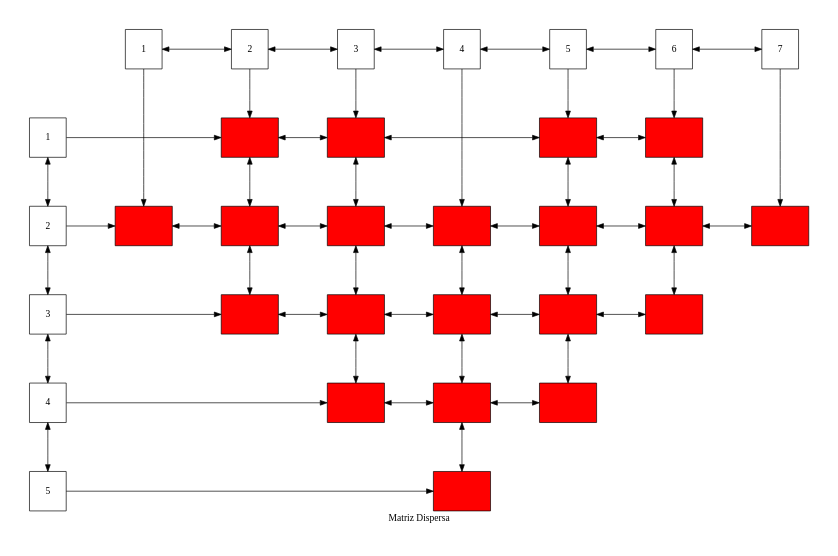
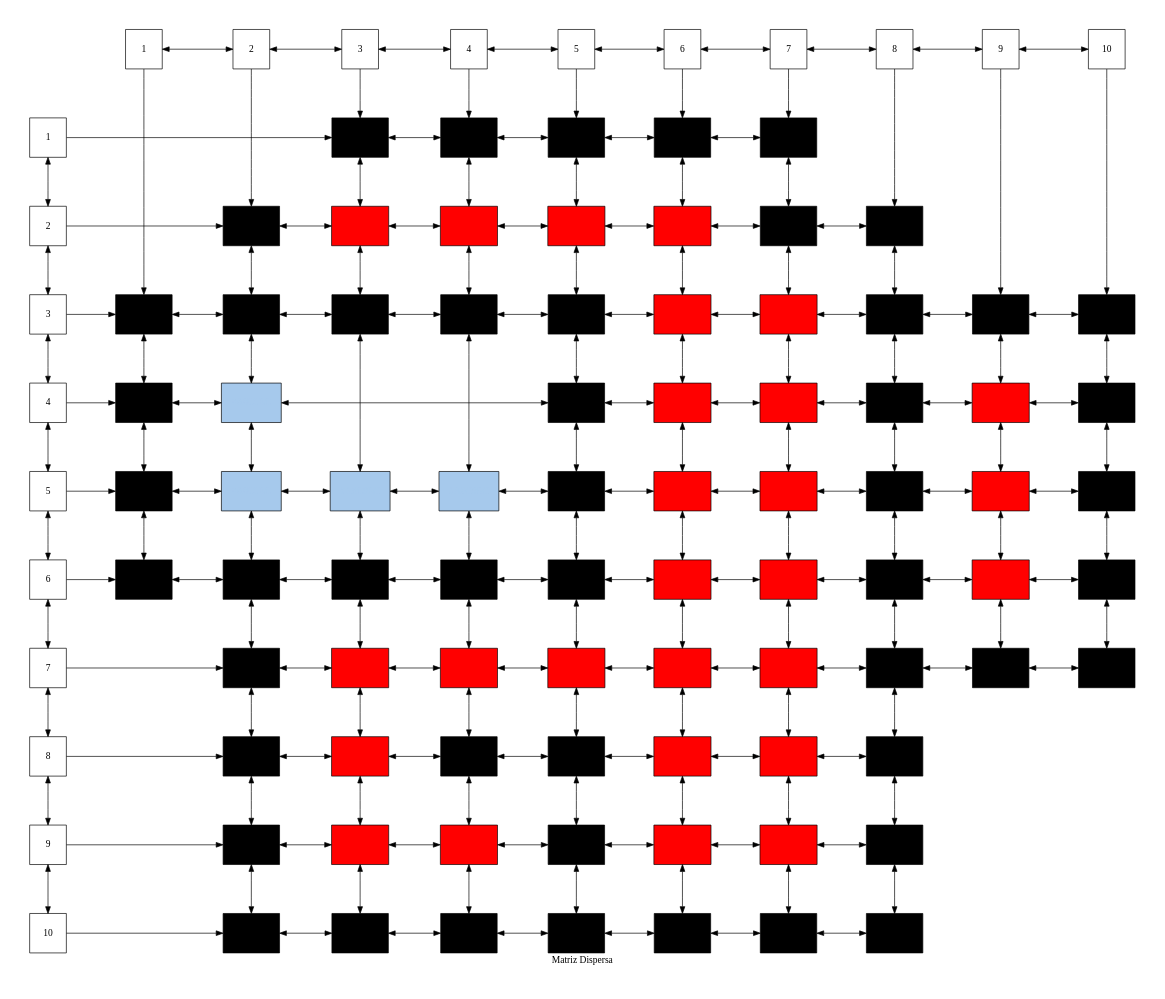
The diagram in reportesdot/matrizDispersa_4.dot (chuchoalm/IPC2_ProyectoVD2024_202200239), drawn with Graphviz before and after one commit. The commit also changed 33 other files, not shown here.

```diff
--- a/reportesdot/matrizDispersa_4.dot
+++ b/reportesdot/matrizDispersa_4.dot
@@ -7,34 +7,104 @@
 	Fila3[style="filled" label = "3" fillcolor="white" group = 0];
 	Fila4[style="filled" label = "4" fillcolor="white" group = 0];
 	Fila5[style="filled" label = "5" fillcolor="white" group = 0];
+	Fila6[style="filled" label = "6" fillcolor="white" group = 0];
+	Fila7[style="filled" label = "7" fillcolor="white" group = 0];
+	Fila8[style="filled" label = "8" fillcolor="white" group = 0];
+	Fila9[style="filled" label = "9" fillcolor="white" group = 0];
+	Fila10[style="filled" label = "10" fillcolor="white" group = 0];
 
     edge[dir="both"];
     	Fila1 -> Fila2;
 	Fila2 -> Fila3;
 	Fila3 -> Fila4;
 	Fila4 -> Fila5;
+	Fila5 -> Fila6;
+	Fila6 -> Fila7;
+	Fila7 -> Fila8;
+	Fila8 -> Fila9;
+	Fila9 -> Fila10;
 
     edge[dir="both"]
-    Columna1 -> NodoF2_C1[dir=""];
-Columna2 -> NodoF1_C2[dir=""];
-NodoF1_C2 -> NodoF2_C2;
+    Columna1 -> NodoF3_C1[dir=""];
+NodoF3_C1 -> NodoF4_C1;
+NodoF4_C1 -> NodoF5_C1;
+NodoF5_C1 -> NodoF6_C1;
+Columna2 -> NodoF2_C2[dir=""];
 NodoF2_C2 -> NodoF3_C2;
+NodoF3_C2 -> NodoF4_C2;
+NodoF4_C2 -> NodoF5_C2;
+NodoF5_C2 -> NodoF6_C2;
+NodoF6_C2 -> NodoF7_C2;
+NodoF7_C2 -> NodoF8_C2;
+NodoF8_C2 -> NodoF9_C2;
+NodoF9_C2 -> NodoF10_C2;
 Columna3 -> NodoF1_C3[dir=""];
 NodoF1_C3 -> NodoF2_C3;
 NodoF2_C3 -> NodoF3_C3;
-NodoF3_C3 -> NodoF4_C3;
-Columna4 -> NodoF2_C4[dir=""];
+NodoF3_C3 -> NodoF5_C3;
+NodoF5_C3 -> NodoF6_C3;
+NodoF6_C3 -> NodoF7_C3;
+NodoF7_C3 -> NodoF8_C3;
+NodoF8_C3 -> NodoF9_C3;
+NodoF9_C3 -> NodoF10_C3;
+Columna4 -> NodoF1_C4[dir=""];
+NodoF1_C4 -> NodoF2_C4;
 NodoF2_C4 -> NodoF3_C4;
-NodoF3_C4 -> NodoF4_C4;
-NodoF4_C4 -> NodoF5_C4;
+NodoF3_C4 -> NodoF5_C4;
+NodoF5_C4 -> NodoF6_C4;
+NodoF6_C4 -> NodoF7_C4;
+NodoF7_C4 -> NodoF8_C4;
+NodoF8_C4 -> NodoF9_C4;
+NodoF9_C4 -> NodoF10_C4;
 Columna5 -> NodoF1_C5[dir=""];
 NodoF1_C5 -> NodoF2_C5;
 NodoF2_C5 -> NodoF3_C5;
 NodoF3_C5 -> NodoF4_C5;
+NodoF4_C5 -> NodoF5_C5;
+NodoF5_C5 -> NodoF6_C5;
+NodoF6_C5 -> NodoF7_C5;
+NodoF7_C5 -> NodoF8_C5;
+NodoF8_C5 -> NodoF9_C5;
+NodoF9_C5 -> NodoF10_C5;
 Columna6 -> NodoF1_C6[dir=""];
 NodoF1_C6 -> NodoF2_C6;
 NodoF2_C6 -> NodoF3_C6;
-Columna7 -> NodoF2_C7[dir=""];
+NodoF3_C6 -> NodoF4_C6;
+NodoF4_C6 -> NodoF5_C6;
+NodoF5_C6 -> NodoF6_C6;
+NodoF6_C6 -> NodoF7_C6;
+NodoF7_C6 -> NodoF8_C6;
+NodoF8_C6 -> NodoF9_C6;
+NodoF9_C6 -> NodoF10_C6;
+Columna7 -> NodoF1_C7[dir=""];
+NodoF1_C7 -> NodoF2_C7;
+NodoF2_C7 -> NodoF3_C7;
+NodoF3_C7 -> NodoF4_C7;
+NodoF4_C7 -> NodoF5_C7;
+NodoF5_C7 -> NodoF6_C7;
+NodoF6_C7 -> NodoF7_C7;
+NodoF7_C7 -> NodoF8_C7;
+NodoF8_C7 -> NodoF9_C7;
+NodoF9_C7 -> NodoF10_C7;
+Columna8 -> NodoF2_C8[dir=""];
+NodoF2_C8 -> NodoF3_C8;
+NodoF3_C8 -> NodoF4_C8;
+NodoF4_C8 -> NodoF5_C8;
+NodoF5_C8 -> NodoF6_C8;
+NodoF6_C8 -> NodoF7_C8;
+NodoF7_C8 -> NodoF8_C8;
+NodoF8_C8 -> NodoF9_C8;
+NodoF9_C8 -> NodoF10_C8;
+Columna9 -> NodoF3_C9[dir=""];
+NodoF3_C9 -> NodoF4_C9;
+NodoF4_C9 -> NodoF5_C9;
+NodoF5_C9 -> NodoF6_C9;
+NodoF6_C9 -> NodoF7_C9;
+Columna10 -> NodoF3_C10[dir=""];
+NodoF3_C10 -> NodoF4_C10;
+NodoF4_C10 -> NodoF5_C10;
+NodoF5_C10 -> NodoF6_C10;
+NodoF6_C10 -> NodoF7_C10;
 	Columna1[style="filled" label = "1" fillcolor="white" group = 1];
 	Columna2[style="filled" label = "2" fillcolor="white" group = 2];
 	Columna3[style="filled" label = "3" fillcolor="white" group = 3];
@@ -42,26 +112,32 @@
 	Columna5[style="filled" label = "5" fillcolor="white" group = 5];
 	Columna6[style="filled" label = "6" fillcolor="white" group = 6];
 	Columna7[style="filled" label = "7" fillcolor="white" group = 7];
+	Columna8[style="filled" label = "8" fillcolor="white" group = 8];
+	Columna9[style="filled" label = "9" fillcolor="white" group = 9];
+	Columna10[style="filled" label = "10" fillcolor="white" group = 10];
 Columna1 -> Columna2;
 Columna2 -> Columna3;
 Columna3 -> Columna4;
 Columna4 -> Columna5;
 Columna5 -> Columna6;
 Columna6 -> Columna7;
+Columna7 -> Columna8;
+Columna8 -> Columna9;
+Columna9 -> Columna10;
 
-	{rank = same; Columna1; Columna2; Columna3; Columna4; Columna5; Columna6; Columna7; }
-	NodoF1_C2[style="filled" label = "#FF0000" fillcolor="#FF0000" fontcolor="#FF0000" group = 2];
-	Fila1 -> NodoF1_C2[dir=""];
-	NodoF1_C2 -> NodoF1_C3;
-	NodoF1_C3[style="filled" label = "#FF0000" fillcolor="#FF0000" fontcolor="#FF0000" group = 3];
-	NodoF1_C3 -> NodoF1_C5;
-	NodoF1_C5[style="filled" label = "#FF0000" fillcolor="#FF0000" fontcolor="#FF0000" group = 5];
+	{rank = same; Columna1; Columna2; Columna3; Columna4; Columna5; Columna6; Columna7; Columna8; Columna9; Columna10; }
+	NodoF1_C3[style="filled" label = "#000000" fillcolor="#000000" fontcolor="#000000" group = 3];
+	Fila1 -> NodoF1_C3[dir=""];
+	NodoF1_C3 -> NodoF1_C4;
+	NodoF1_C4[style="filled" label = "#000000" fillcolor="#000000" fontcolor="#000000" group = 4];
+	NodoF1_C4 -> NodoF1_C5;
+	NodoF1_C5[style="filled" label = "#000000" fillcolor="#000000" fontcolor="#000000" group = 5];
 	NodoF1_C5 -> NodoF1_C6;
-	NodoF1_C6[style="filled" label = "#FF0000" fillcolor="#FF0000" fontcolor="#FF0000" group = 6];
-	NodoF2_C1[style="filled" label = "#FF0000" fillcolor="#FF0000" fontcolor="#FF0000" group = 1];
-	Fila2 -> NodoF2_C1[dir=""];
-	NodoF2_C1 -> NodoF2_C2;
-	NodoF2_C2[style="filled" label = "#FF0000" fillcolor="#FF0000" fontcolor="#FF0000" group = 2];
+	NodoF1_C6[style="filled" label = "#000000" fillcolor="#000000" fontcolor="#000000" group = 6];
+	NodoF1_C6 -> NodoF1_C7;
+	NodoF1_C7[style="filled" label = "#000000" fillcolor="#000000" fontcolor="#000000" group = 7];
+	NodoF2_C2[style="filled" label = "#000000" fillcolor="#000000" fontcolor="#000000" group = 2];
+	Fila2 -> NodoF2_C2[dir=""];
 	NodoF2_C2 -> NodoF2_C3;
 	NodoF2_C3[style="filled" label = "#FF0000" fillcolor="#FF0000" fontcolor="#FF0000" group = 3];
 	NodoF2_C3 -> NodoF2_C4;
@@ -71,29 +147,154 @@
 	NodoF2_C5 -> NodoF2_C6;
 	NodoF2_C6[style="filled" label = "#FF0000" fillcolor="#FF0000" fontcolor="#FF0000" group = 6];
 	NodoF2_C6 -> NodoF2_C7;
-	NodoF2_C7[style="filled" label = "#FF0000" fillcolor="#FF0000" fontcolor="#FF0000" group = 7];
-	NodoF3_C2[style="filled" label = "#FF0000" fillcolor="#FF0000" fontcolor="#FF0000" group = 2];
-	Fila3 -> NodoF3_C2[dir=""];
+	NodoF2_C7[style="filled" label = "#000000" fillcolor="#000000" fontcolor="#000000" group = 7];
+	NodoF2_C7 -> NodoF2_C8;
+	NodoF2_C8[style="filled" label = "#000000" fillcolor="#000000" fontcolor="#000000" group = 8];
+	NodoF3_C1[style="filled" label = "#000000" fillcolor="#000000" fontcolor="#000000" group = 1];
+	Fila3 -> NodoF3_C1[dir=""];
+	NodoF3_C1 -> NodoF3_C2;
+	NodoF3_C2[style="filled" label = "#000000" fillcolor="#000000" fontcolor="#000000" group = 2];
 	NodoF3_C2 -> NodoF3_C3;
-	NodoF3_C3[style="filled" label = "#FF0000" fillcolor="#FF0000" fontcolor="#FF0000" group = 3];
+	NodoF3_C3[style="filled" label = "#000000" fillcolor="#000000" fontcolor="#000000" group = 3];
 	NodoF3_C3 -> NodoF3_C4;
-	NodoF3_C4[style="filled" label = "#FF0000" fillcolor="#FF0000" fontcolor="#FF0000" group = 4];
+	NodoF3_C4[style="filled" label = "#000000" fillcolor="#000000" fontcolor="#000000" group = 4];
 	NodoF3_C4 -> NodoF3_C5;
-	NodoF3_C5[style="filled" label = "#FF0000" fillcolor="#FF0000" fontcolor="#FF0000" group = 5];
+	NodoF3_C5[style="filled" label = "#000000" fillcolor="#000000" fontcolor="#000000" group = 5];
 	NodoF3_C5 -> NodoF3_C6;
 	NodoF3_C6[style="filled" label = "#FF0000" fillcolor="#FF0000" fontcolor="#FF0000" group = 6];
-	NodoF4_C3[style="filled" label = "#FF0000" fillcolor="#FF0000" fontcolor="#FF0000" group = 3];
-	Fila4 -> NodoF4_C3[dir=""];
-	NodoF4_C3 -> NodoF4_C4;
-	NodoF4_C4[style="filled" label = "#FF0000" fillcolor="#FF0000" fontcolor="#FF0000" group = 4];
-	NodoF4_C4 -> NodoF4_C5;
-	NodoF4_C5[style="filled" label = "#FF0000" fillcolor="#FF0000" fontcolor="#FF0000" group = 5];
-	NodoF5_C4[style="filled" label = "#FF0000" fillcolor="#FF0000" fontcolor="#FF0000" group = 4];
-	Fila5 -> NodoF5_C4[dir=""];
-	{ rank = same; Fila1; NodoF1_C2; NodoF1_C3; NodoF1_C5; NodoF1_C6; }
-	{ rank = same; Fila2; NodoF2_C1; NodoF2_C2; NodoF2_C3; NodoF2_C4; NodoF2_C5; NodoF2_C6; NodoF2_C7; }
-	{ rank = same; Fila3; NodoF3_C2; NodoF3_C3; NodoF3_C4; NodoF3_C5; NodoF3_C6; }
-	{ rank = same; Fila4; NodoF4_C3; NodoF4_C4; NodoF4_C5; }
-	{ rank = same; Fila5; NodoF5_C4; }
+	NodoF3_C6 -> NodoF3_C7;
+	NodoF3_C7[style="filled" label = "#FF0000" fillcolor="#FF0000" fontcolor="#FF0000" group = 7];
+	NodoF3_C7 -> NodoF3_C8;
+	NodoF3_C8[style="filled" label = "#000000" fillcolor="#000000" fontcolor="#000000" group = 8];
+	NodoF3_C8 -> NodoF3_C9;
+	NodoF3_C9[style="filled" label = "#000000" fillcolor="#000000" fontcolor="#000000" group = 9];
+	NodoF3_C9 -> NodoF3_C10;
+	NodoF3_C10[style="filled" label = "#000000" fillcolor="#000000" fontcolor="#000000" group = 10];
+	NodoF4_C1[style="filled" label = "#000000" fillcolor="#000000" fontcolor="#000000" group = 1];
+	Fila4 -> NodoF4_C1[dir=""];
+	NodoF4_C1 -> NodoF4_C2;
+	NodoF4_C2[style="filled" label = "#A6C9EC" fillcolor="#A6C9EC" fontcolor="#A6C9EC" group = 2];
+	NodoF4_C2 -> NodoF4_C5;
+	NodoF4_C5[style="filled" label = "#000000" fillcolor="#000000" fontcolor="#000000" group = 5];
+	NodoF4_C5 -> NodoF4_C6;
+	NodoF4_C6[style="filled" label = "#FF0000" fillcolor="#FF0000" fontcolor="#FF0000" group = 6];
+	NodoF4_C6 -> NodoF4_C7;
+	NodoF4_C7[style="filled" label = "#FF0000" fillcolor="#FF0000" fontcolor="#FF0000" group = 7];
+	NodoF4_C7 -> NodoF4_C8;
+	NodoF4_C8[style="filled" label = "#000000" fillcolor="#000000" fontcolor="#000000" group = 8];
+	NodoF4_C8 -> NodoF4_C9;
+	NodoF4_C9[style="filled" label = "#FF0000" fillcolor="#FF0000" fontcolor="#FF0000" group = 9];
+	NodoF4_C9 -> NodoF4_C10;
+	NodoF4_C10[style="filled" label = "#000000" fillcolor="#000000" fontcolor="#000000" group = 10];
+	NodoF5_C1[style="filled" label = "#000000" fillcolor="#000000" fontcolor="#000000" group = 1];
+	Fila5 -> NodoF5_C1[dir=""];
+	NodoF5_C1 -> NodoF5_C2;
+	NodoF5_C2[style="filled" label = "#A6C9EC" fillcolor="#A6C9EC" fontcolor="#A6C9EC" group = 2];
+	NodoF5_C2 -> NodoF5_C3;
+	NodoF5_C3[style="filled" label = "#A6C9EC" fillcolor="#A6C9EC" fontcolor="#A6C9EC" group = 3];
+	NodoF5_C3 -> NodoF5_C4;
+	NodoF5_C4[style="filled" label = "#A6C9EC" fillcolor="#A6C9EC" fontcolor="#A6C9EC" group = 4];
+	NodoF5_C4 -> NodoF5_C5;
+	NodoF5_C5[style="filled" label = "#000000" fillcolor="#000000" fontcolor="#000000" group = 5];
+	NodoF5_C5 -> NodoF5_C6;
+	NodoF5_C6[style="filled" label = "#FF0000" fillcolor="#FF0000" fontcolor="#FF0000" group = 6];
+	NodoF5_C6 -> NodoF5_C7;
+	NodoF5_C7[style="filled" label = "#FF0000" fillcolor="#FF0000" fontcolor="#FF0000" group = 7];
+	NodoF5_C7 -> NodoF5_C8;
+	NodoF5_C8[style="filled" label = "#000000" fillcolor="#000000" fontcolor="#000000" group = 8];
+	NodoF5_C8 -> NodoF5_C9;
+	NodoF5_C9[style="filled" label = "#FF0000" fillcolor="#FF0000" fontcolor="#FF0000" group = 9];
+	NodoF5_C9 -> NodoF5_C10;
+	NodoF5_C10[style="filled" label = "#000000" fillcolor="#000000" fontcolor="#000000" group = 10];
+	NodoF6_C1[style="filled" label = "#000000" fillcolor="#000000" fontcolor="#000000" group = 1];
+	Fila6 -> NodoF6_C1[dir=""];
+	NodoF6_C1 -> NodoF6_C2;
+	NodoF6_C2[style="filled" label = "#000000" fillcolor="#000000" fontcolor="#000000" group = 2];
+	NodoF6_C2 -> NodoF6_C3;
+	NodoF6_C3[style="filled" label = "#000000" fillcolor="#000000" fontcolor="#000000" group = 3];
+	NodoF6_C3 -> NodoF6_C4;
+	NodoF6_C4[style="filled" label = "#000000" fillcolor="#000000" fontcolor="#000000" group = 4];
+	NodoF6_C4 -> NodoF6_C5;
+	NodoF6_C5[style="filled" label = "#000000" fillcolor="#000000" fontcolor="#000000" group = 5];
+	NodoF6_C5 -> NodoF6_C6;
+	NodoF6_C6[style="filled" label = "#FF0000" fillcolor="#FF0000" fontcolor="#FF0000" group = 6];
+	NodoF6_C6 -> NodoF6_C7;
+	NodoF6_C7[style="filled" label = "#FF0000" fillcolor="#FF0000" fontcolor="#FF0000" group = 7];
+	NodoF6_C7 -> NodoF6_C8;
+	NodoF6_C8[style="filled" label = "#000000" fillcolor="#000000" fontcolor="#000000" group = 8];
+	NodoF6_C8 -> NodoF6_C9;
+	NodoF6_C9[style="filled" label = "#FF0000" fillcolor="#FF0000" fontcolor="#FF0000" group = 9];
+	NodoF6_C9 -> NodoF6_C10;
+	NodoF6_C10[style="filled" label = "#000000" fillcolor="#000000" fontcolor="#000000" group = 10];
+	NodoF7_C2[style="filled" label = "#000000" fillcolor="#000000" fontcolor="#000000" group = 2];
+	Fila7 -> NodoF7_C2[dir=""];
+	NodoF7_C2 -> NodoF7_C3;
+	NodoF7_C3[style="filled" label = "#FF0000" fillcolor="#FF0000" fontcolor="#FF0000" group = 3];
+	NodoF7_C3 -> NodoF7_C4;
+	NodoF7_C4[style="filled" label = "#FF0000" fillcolor="#FF0000" fontcolor="#FF0000" group = 4];
+	NodoF7_C4 -> NodoF7_C5;
+	NodoF7_C5[style="filled" label = "#FF0000" fillcolor="#FF0000" fontcolor="#FF0000" group = 5];
+	NodoF7_C5 -> NodoF7_C6;
+	NodoF7_C6[style="filled" label = "#FF0000" fillcolor="#FF0000" fontcolor="#FF0000" group = 6];
+	NodoF7_C6 -> NodoF7_C7;
+	NodoF7_C7[style="filled" label = "#FF0000" fillcolor="#FF0000" fontcolor="#FF0000" group = 7];
+	NodoF7_C7 -> NodoF7_C8;
+	NodoF7_C8[style="filled" label = "#000000" fillcolor="#000000" fontcolor="#000000" group = 8];
+	NodoF7_C8 -> NodoF7_C9;
+	NodoF7_C9[style="filled" label = "#000000" fillcolor="#000000" fontcolor="#000000" group = 9];
+	NodoF7_C9 -> NodoF7_C10;
+	NodoF7_C10[style="filled" label = "#000000" fillcolor="#000000" fontcolor="#000000" group = 10];
+	NodoF8_C2[style="filled" label = "#000000" fillcolor="#000000" fontcolor="#000000" group = 2];
+	Fila8 -> NodoF8_C2[dir=""];
+	NodoF8_C2 -> NodoF8_C3;
+	NodoF8_C3[style="filled" label = "#FF0000" fillcolor="#FF0000" fontcolor="#FF0000" group = 3];
+	NodoF8_C3 -> NodoF8_C4;
+	NodoF8_C4[style="filled" label = "#000000" fillcolor="#000000" fontcolor="#000000" group = 4];
+	NodoF8_C4 -> NodoF8_C5;
+	NodoF8_C5[style="filled" label = "#000000" fillcolor="#000000" fontcolor="#000000" group = 5];
+	NodoF8_C5 -> NodoF8_C6;
+	NodoF8_C6[style="filled" label = "#FF0000" fillcolor="#FF0000" fontcolor="#FF0000" group = 6];
+	NodoF8_C6 -> NodoF8_C7;
+	NodoF8_C7[style="filled" label = "#FF0000" fillcolor="#FF0000" fontcolor="#FF0000" group = 7];
+	NodoF8_C7 -> NodoF8_C8;
+	NodoF8_C8[style="filled" label = "#000000" fillcolor="#000000" fontcolor="#000000" group = 8];
+	NodoF9_C2[style="filled" label = "#000000" fillcolor="#000000" fontcolor="#000000" group = 2];
+	Fila9 -> NodoF9_C2[dir=""];
+	NodoF9_C2 -> NodoF9_C3;
+	NodoF9_C3[style="filled" label = "#FF0000" fillcolor="#FF0000" fontcolor="#FF0000" group = 3];
+	NodoF9_C3 -> NodoF9_C4;
+	NodoF9_C4[style="filled" label = "#FF0000" fillcolor="#FF0000" fontcolor="#FF0000" group = 4];
+	NodoF9_C4 -> NodoF9_C5;
+	NodoF9_C5[style="filled" label = "#000000" fillcolor="#000000" fontcolor="#000000" group = 5];
+	NodoF9_C5 -> NodoF9_C6;
+	NodoF9_C6[style="filled" label = "#FF0000" fillcolor="#FF0000" fontcolor="#FF0000" group = 6];
+	NodoF9_C6 -> NodoF9_C7;
+	NodoF9_C7[style="filled" label = "#FF0000" fillcolor="#FF0000" fontcolor="#FF0000" group = 7];
+	NodoF9_C7 -> NodoF9_C8;
+	NodoF9_C8[style="filled" label = "#000000" fillcolor="#000000" fontcolor="#000000" group = 8];
+	NodoF10_C2[style="filled" label = "#000000" fillcolor="#000000" fontcolor="#000000" group = 2];
+	Fila10 -> NodoF10_C2[dir=""];
+	NodoF10_C2 -> NodoF10_C3;
+	NodoF10_C3[style="filled" label = "#000000" fillcolor="#000000" fontcolor="#000000" group = 3];
+	NodoF10_C3 -> NodoF10_C4;
+	NodoF10_C4[style="filled" label = "#000000" fillcolor="#000000" fontcolor="#000000" group = 4];
+	NodoF10_C4 -> NodoF10_C5;
+	NodoF10_C5[style="filled" label = "#000000" fillcolor="#000000" fontcolor="#000000" group = 5];
+	NodoF10_C5 -> NodoF10_C6;
+	NodoF10_C6[style="filled" label = "#000000" fillcolor="#000000" fontcolor="#000000" group = 6];
+	NodoF10_C6 -> NodoF10_C7;
+	NodoF10_C7[style="filled" label = "#000000" fillcolor="#000000" fontcolor="#000000" group = 7];
+	NodoF10_C7 -> NodoF10_C8;
+	NodoF10_C8[style="filled" label = "#000000" fillcolor="#000000" fontcolor="#000000" group = 8];
+	{ rank = same; Fila1; NodoF1_C3; NodoF1_C4; NodoF1_C5; NodoF1_C6; NodoF1_C7; }
+	{ rank = same; Fila2; NodoF2_C2; NodoF2_C3; NodoF2_C4; NodoF2_C5; NodoF2_C6; NodoF2_C7; NodoF2_C8; }
+	{ rank = same; Fila3; NodoF3_C1; NodoF3_C2; NodoF3_C3; NodoF3_C4; NodoF3_C5; NodoF3_C6; NodoF3_C7; NodoF3_C8; NodoF3_C9; NodoF3_C10; }
+	{ rank = same; Fila4; NodoF4_C1; NodoF4_C2; NodoF4_C5; NodoF4_C6; NodoF4_C7; NodoF4_C8; NodoF4_C9; NodoF4_C10; }
+	{ rank = same; Fila5; NodoF5_C1; NodoF5_C2; NodoF5_C3; NodoF5_C4; NodoF5_C5; NodoF5_C6; NodoF5_C7; NodoF5_C8; NodoF5_C9; NodoF5_C10; }
+	{ rank = same; Fila6; NodoF6_C1; NodoF6_C2; NodoF6_C3; NodoF6_C4; NodoF6_C5; NodoF6_C6; NodoF6_C7; NodoF6_C8; NodoF6_C9; NodoF6_C10; }
+	{ rank = same; Fila7; NodoF7_C2; NodoF7_C3; NodoF7_C4; NodoF7_C5; NodoF7_C6; NodoF7_C7; NodoF7_C8; NodoF7_C9; NodoF7_C10; }
+	{ rank = same; Fila8; NodoF8_C2; NodoF8_C3; NodoF8_C4; NodoF8_C5; NodoF8_C6; NodoF8_C7; NodoF8_C8; }
+	{ rank = same; Fila9; NodoF9_C2; NodoF9_C3; NodoF9_C4; NodoF9_C5; NodoF9_C6; NodoF9_C7; NodoF9_C8; }
+	{ rank = same; Fila10; NodoF10_C2; NodoF10_C3; NodoF10_C4; NodoF10_C5; NodoF10_C6; NodoF10_C7; NodoF10_C8; }
 
 }
```
